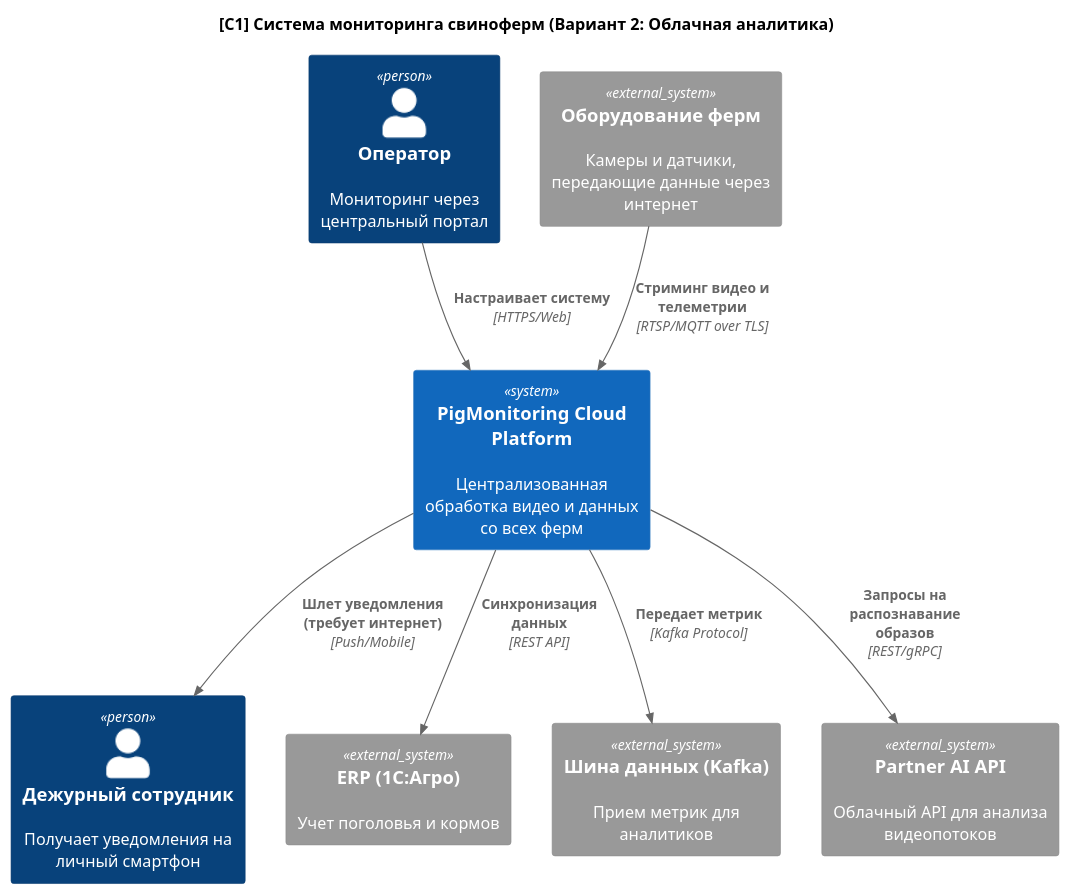
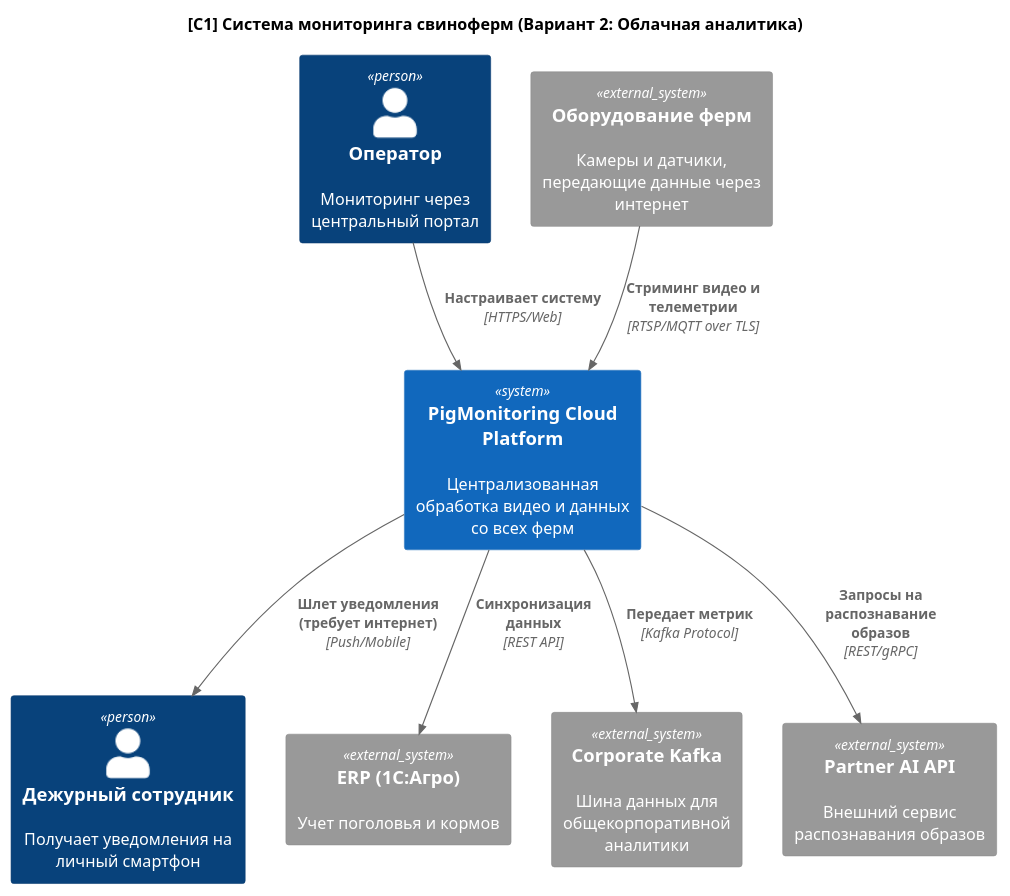
One commit to almiso/MSA-AgroTech changed the diagram in Task 1/solution_v2.puml. Above: the diagram before and after it, drawn with PlantUML. The commit also changed 4 other files, not shown here.

```diff
--- a/Task 1/solution_v2.puml
+++ b/Task 1/solution_v2.puml
@@ -1,26 +1,26 @@
 @startuml
 !include https://raw.githubusercontent.com/plantuml-stdlib/C4-PlantUML/master/C4_Context.puml
 
 title [C1] Система мониторинга свиноферм (Вариант 2: Облачная аналитика)
 
 ' === Участники ===
 Person(operator, "Оператор", "Мониторинг через центральный портал")
 Person(worker, "Дежурный сотрудник", "Получает уведомления на личный смартфон")
 
 System(pig_system, "PigMonitoring Cloud Platform", "Централизованная обработка видео и данных со всех ферм")
 
 System_Ext(erp, "ERP (1С:Агро)", "Учет поголовья и кормов")
-System_Ext(kafka, "Шина данных (Kafka)", "Прием метрик для аналитиков")
-System_Ext(ai_model, "Partner AI API", "Облачный API для анализа видеопотоков")
+System_Ext(kafka, "Corporate Kafka", "Шина данных для общекорпоративной аналитики")
+System_Ext(ai_model, "Partner AI API", "Внешний сервис распознавания образов")
 System_Ext(hardware, "Оборудование ферм", "Камеры и датчики, передающие данные через интернет")
 
 Rel(operator, pig_system, "Настраивает систему", "HTTPS/Web")
 Rel(pig_system, worker, "Шлет уведомления (требует интернет)", "Push/Mobile")
 
 Rel(hardware, pig_system, "Стриминг видео и телеметрии", "RTSP/MQTT over TLS")
 Rel(pig_system, ai_model, "Запросы на распознавание образов", "REST/gRPC")
 
 Rel(pig_system, erp, "Синхронизация данных", "REST API")
 Rel(pig_system, kafka, "Передает метрик", "Kafka Protocol")
 
 @enduml
```
